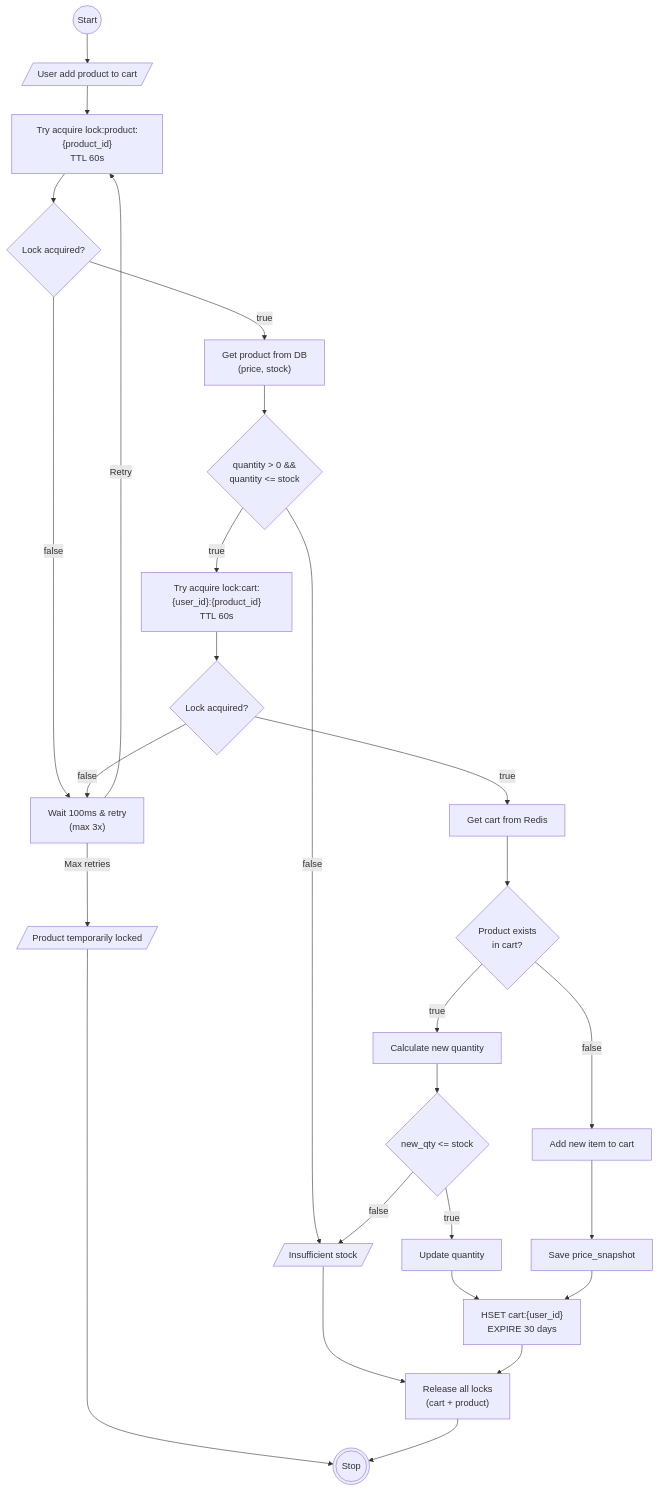
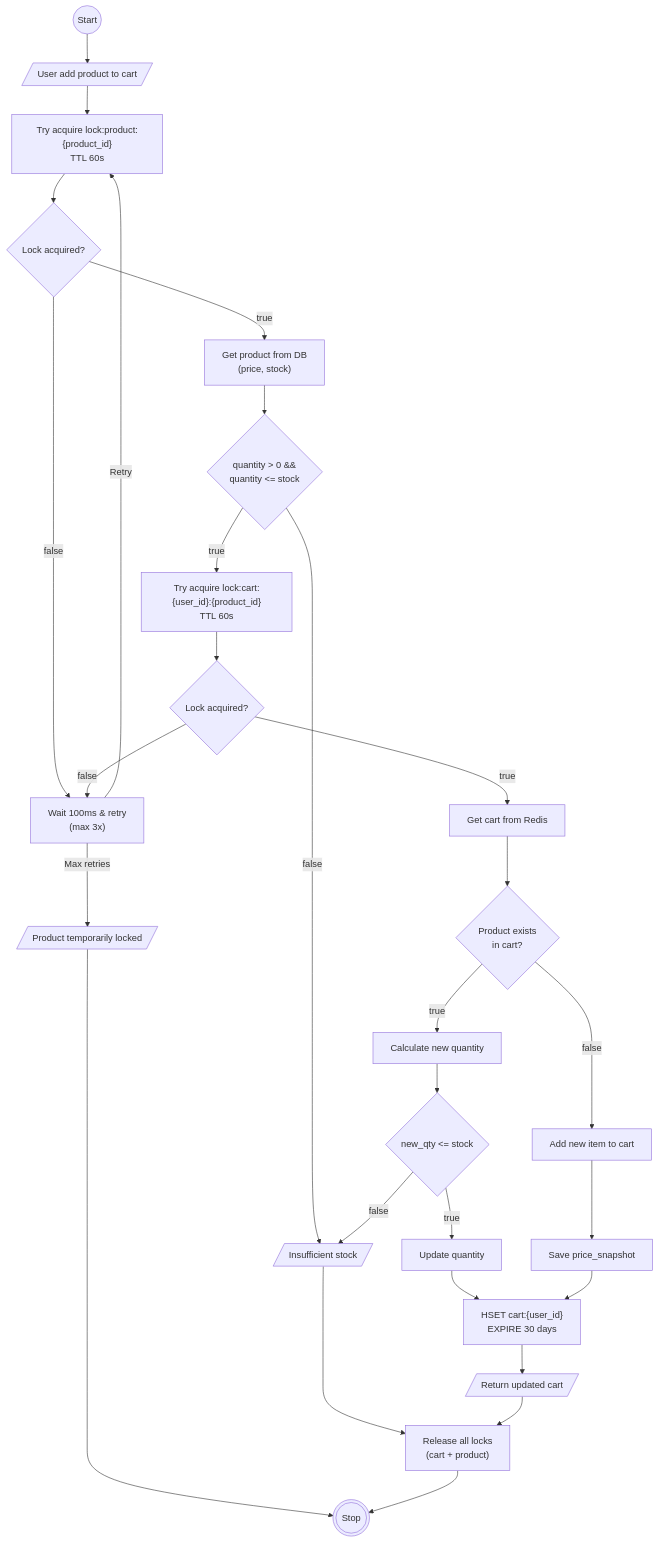
Before and after one commit to ItsnaMaulanaHasan/system-design-carts-system: the third of 8 diagrams in README.md, drawn with Mermaid. The commit also changed other lines of this file, not shown here.

Commit message:
feat: update flowchart checkout

````diff
--- a/README.md
+++ b/README.md
@@ -142,55 +142,56 @@
 ```mermaid
 flowchart TD
     Start@{ shape: circle, label: "Start" }
     Stop@{ shape: dbl-circ, label: "Stop" }
 
     UserAdd@{ shape: lean-r, label: "User add product to cart" }
 
     TryLockProduct@{ shape: rect, label: "Try acquire lock:product:{product_id}<br/>TTL 60s" }
     LockProductOK@{ shape: diamond, label: "Lock acquired?" }
     RetryWait@{ shape: rect, label: "Wait 100ms & retry<br/>(max 3x)" }
     ErrorLocked@{ shape: lean-r, label: "Product temporarily locked" }
 
     GetProduct@{ shape: rect, label: "Get product from DB<br/>(price, stock)" }
     ValidateStock@{ shape: diamond, label: "quantity > 0 &&<br/>quantity <= stock" }
     ErrorStock@{ shape: lean-r, label: "Insufficient stock" }
 
     TryLockCart@{ shape: rect, label: "Try acquire lock:cart:{user_id}:{product_id}<br/>TTL 60s" }
     LockCartOK@{ shape: diamond, label: "Lock acquired?" }
 
     GetCart@{ shape: rect, label: "Get cart from Redis" }
     CheckExisting@{ shape: diamond, label: "Product exists<br/>in cart?" }
 
     CalcNewQty@{ shape: rect, label: "Calculate new quantity" }
     ValidateNewQty@{ shape: diamond, label: "new_qty <= stock" }
 
     AddNewItem@{ shape: rect, label: "Add new item to cart" }
     UpdateQty@{ shape: rect, label: "Update quantity" }
 
     SaveSnapshot@{ shape: rect, label: "Save price_snapshot" }
     SaveRedis@{ shape: rect, label: "HSET cart:{user_id}<br/>EXPIRE 30 days" }
 
     ReleaseLocks@{ shape: rect, label: "Release all locks<br/>(cart + product)" }
+    Success@{ shape: lean-r, label: "Return updated cart" }
 
     Start --> UserAdd --> TryLockProduct --> LockProductOK
 
     LockProductOK -- false --> RetryWait
     RetryWait -- Max retries --> ErrorLocked --> Stop
     RetryWait -- Retry --> TryLockProduct
 
     LockProductOK -- true --> GetProduct --> ValidateStock
 
     ValidateStock -- false --> ErrorStock
     ValidateStock -- true --> TryLockCart --> LockCartOK
 
     LockCartOK -- false --> RetryWait
     LockCartOK -- true --> GetCart --> CheckExisting
 
     CheckExisting -- true --> CalcNewQty --> ValidateNewQty
     CheckExisting -- false --> AddNewItem --> SaveSnapshot
 
     ValidateNewQty -- false --> ErrorStock --> ReleaseLocks
     ValidateNewQty -- true --> UpdateQty --> SaveRedis
 
-    SaveSnapshot --> SaveRedis --> ReleaseLocks --> Stop
+    SaveSnapshot --> SaveRedis --> Success --> ReleaseLocks --> Stop
 ```
````
